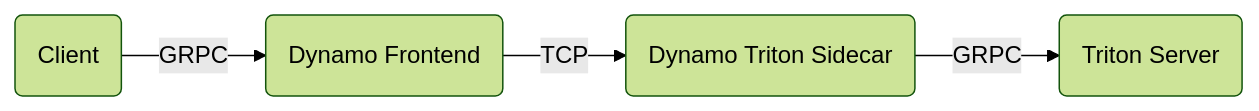
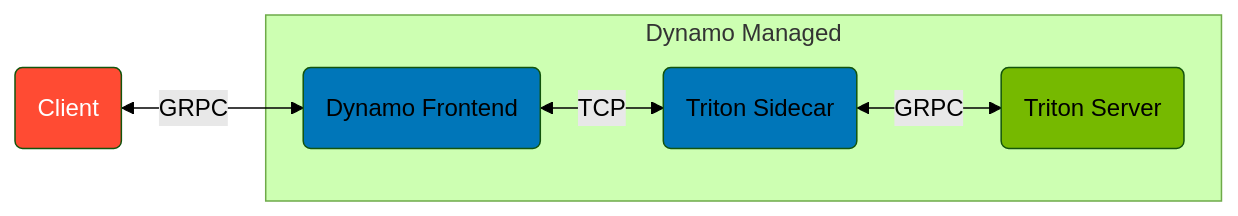
Before and after one commit to ai-dynamo/dynamo: the first of 2 diagrams in lib/sidecar/triton/README.md, drawn with Mermaid (forest theme). The commit also changed other lines of this file, not shown here.

Commit message:
add data flow diagrams
Requested by @akshatha-k.

````diff
--- a/lib/sidecar/triton/README.md
+++ b/lib/sidecar/triton/README.md
@@ -126,6 +126,13 @@
 ```mermaid
 graph LR
-  A(Client) -- GRPC --> B(Dynamo Frontend)
-  B(Dynamo Frontend) -- TCP --> C(Dynamo Triton Sidecar)
-  C(Dynamo Triton Sidecar) -- GRPC --> D(Triton Server)
+  classDef client color:#FFFFFF,fill:#FF4B33
+  classDef dynamo color:#000000,fill:#0076B9
+  classDef triton color:#000000,fill:#76B900
+  A(Client):::client
+  subgraph 1[Dynamo Managed]
+    B(Dynamo Frontend):::dynamo
+    C(Triton Sidecar):::dynamo
+    D(Triton Server):::triton
+  end
+  A <-- GRPC --> B <-- TCP --> C <-- GRPC --> D
 ```
````
